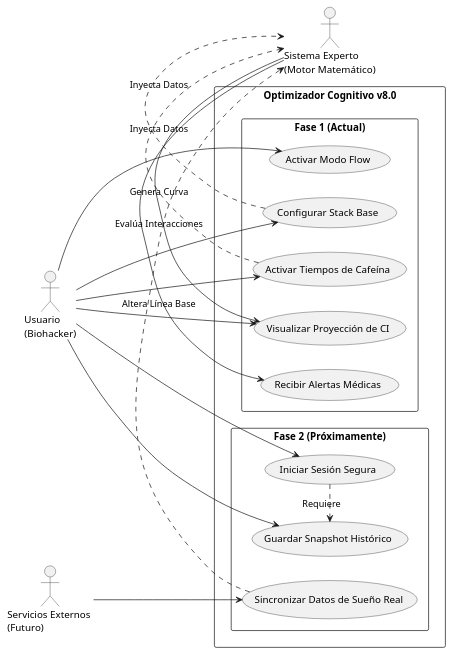
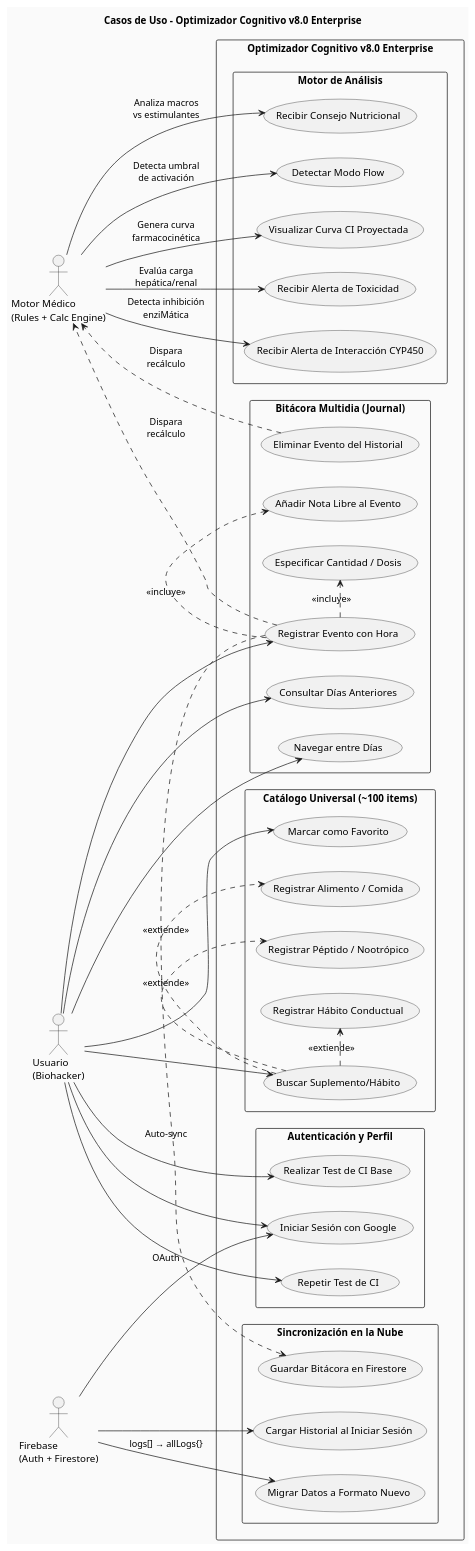
The diagram in diagramas/usecases.puml (Camilo-Alberto-Palacio/optimizador-cognitivo), drawn with PlantUML before and after one commit. The commit also changed 3 other files, not shown here.

Commit message:
Docs: Update all 4 PlantUML diagrams to reflect v8.0 architecture (journal, medical engine, auth)

```diff
--- a/diagramas/usecases.puml
+++ b/diagramas/usecases.puml
@@ -1,47 +1,82 @@
-@startuml UseCases
+@startuml UseCases_v2
 left to right direction
 skinparam packageStyle rectangle
+skinparam backgroundColor #FAFAFA
+title Casos de Uso - Optimizador Cognitivo v8.0 Enterprise
 
-actor "Usuario \n(Biohacker)" as User
-actor "Sistema Experto \n(Motor Matemático)" as Engine
-actor "Servicios Externos \n(Futuro)" as API
+actor "Usuario\n(Biohacker)" as User
+actor "Motor Médico\n(Rules + Calc Engine)" as Engine
+actor "Firebase\n(Auth + Firestore)" as Cloud
 
-rectangle "Optimizador Cognitivo v8.0" {
-  
-  package "Fase 1 (Actual)" {
-    usecase "Configurar Stack Base" as UC1
-    usecase "Activar Tiempos de Cafeína" as UC2
-    usecase "Visualizar Proyección de CI" as UC3
-    usecase "Recibir Alertas Médicas" as UC4
-    usecase "Activar Modo Flow" as UC5
+rectangle "Optimizador Cognitivo v8.0 Enterprise" {
+
+  package "Autenticación y Perfil" {
+    usecase "Iniciar Sesión con Google" as UC_Login
+    usecase "Realizar Test de CI Base" as UC_IQ
+    usecase "Repetir Test de CI" as UC_IQReset
   }
 
-  package "Fase 2 (Próximamente)" {
-    usecase "Iniciar Sesión Segura" as UC6
-    usecase "Guardar Snapshot Histórico" as UC7
-    usecase "Sincronizar Datos de Sueño Real" as UC8
+  package "Bitácora Multidia (Journal)" {
+    usecase "Navegar entre Días" as UC_Nav
+    usecase "Registrar Evento con Hora" as UC_Log
+    usecase "Especificar Cantidad / Dosis" as UC_Qty
+    usecase "Añadir Nota Libre al Evento" as UC_Note
+    usecase "Eliminar Evento del Historial" as UC_Del
+    usecase "Consultar Días Anteriores" as UC_History
+  }
+
+  package "Catálogo Universal (~100 items)" {
+    usecase "Buscar Suplemento/Hábito" as UC_Search
+    usecase "Marcar como Favorito" as UC_Fav
+    usecase "Registrar Alimento / Comida" as UC_Food
+    usecase "Registrar Péptido / Nootrópico" as UC_Nootropic
+    usecase "Registrar Hábito Conductual" as UC_Habit
+  }
+
+  package "Motor de Análisis" {
+    usecase "Visualizar Curva CI Proyectada" as UC_Chart
+    usecase "Recibir Alerta de Toxicidad" as UC_Toxic
+    usecase "Recibir Alerta de Interacción CYP450" as UC_CYP
+    usecase "Recibir Consejo Nutricional" as UC_Diet
+    usecase "Detectar Modo Flow" as UC_Flow
+  }
+
+  package "Sincronización en la Nube" {
+    usecase "Guardar Bitácora en Firestore" as UC_Cloud
+    usecase "Cargar Historial al Iniciar Sesión" as UC_Load
+    usecase "Migrar Datos a Formato Nuevo" as UC_Migrate
   }
 }
 
-' Interacciones del Usuario (Actual)
-User --> UC1
-User --> UC2
-User --> UC5
-User --> UC3
+' Usuario principales
+User --> UC_Login
+User --> UC_IQ
+User --> UC_IQReset
+User --> UC_Nav
+User --> UC_Log
+User --> UC_Search
+User --> UC_Fav
+User --> UC_History
 
-' Interacciones del Usuario (Futuro)
-User --> UC6
-User --> UC7
+UC_Log .> UC_Qty : <<incluye>>
+UC_Log .> UC_Note : <<incluye>>
+UC_Search .> UC_Food : <<extiende>>
+UC_Search .> UC_Nootropic : <<extiende>>
+UC_Search .> UC_Habit : <<extiende>>
 
-' Interacciones del Motor
-Engine --> UC3 : "Genera Curva"
-Engine --> UC4 : "Evalúa Interacciones"
-UC1 .> Engine : "Inyecta Datos"
-UC2 .> Engine : "Inyecta Datos"
+' Motor
+Engine --> UC_Chart : "Genera curva\nfarmacocinética"
+Engine --> UC_Toxic : "Evalúa carga\nhepática/renal"
+Engine --> UC_CYP : "Detecta inhibición\nenziMática"
+Engine --> UC_Diet : "Analiza macros\nvs estimulantes"
+Engine --> UC_Flow : "Detecta umbral\nde activación"
+UC_Log .> Engine : "Dispara\nrecálculo"
+UC_Del .> Engine : "Dispara\nrecálculo"
 
-' Interacciones V2
-API --> UC8
-UC8 .> Engine : "Altera Línea Base"
-UC6 .> UC7 : "Requiere"
+' Cloud
+Cloud --> UC_Login : "OAuth"
+Cloud --> UC_Load
+Cloud --> UC_Migrate : "logs[] → allLogs{}"
+UC_Log .> UC_Cloud : "Auto-sync"
 
 @enduml
```
